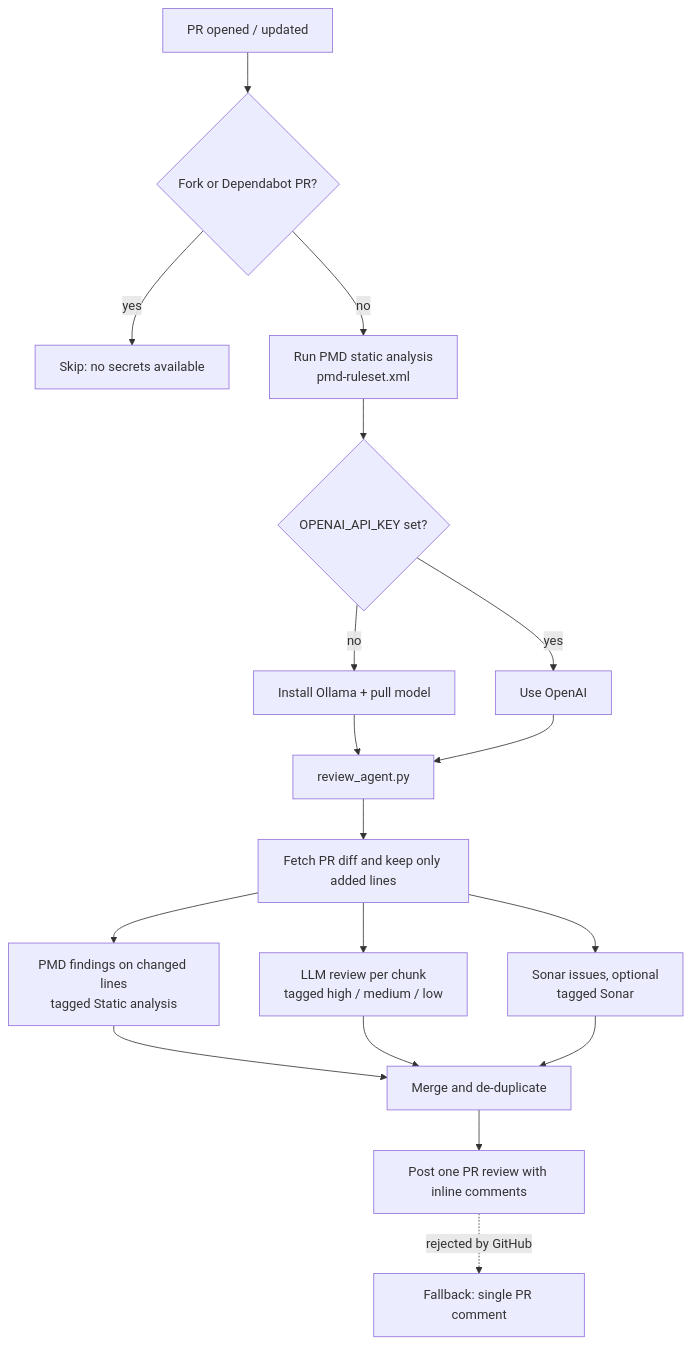
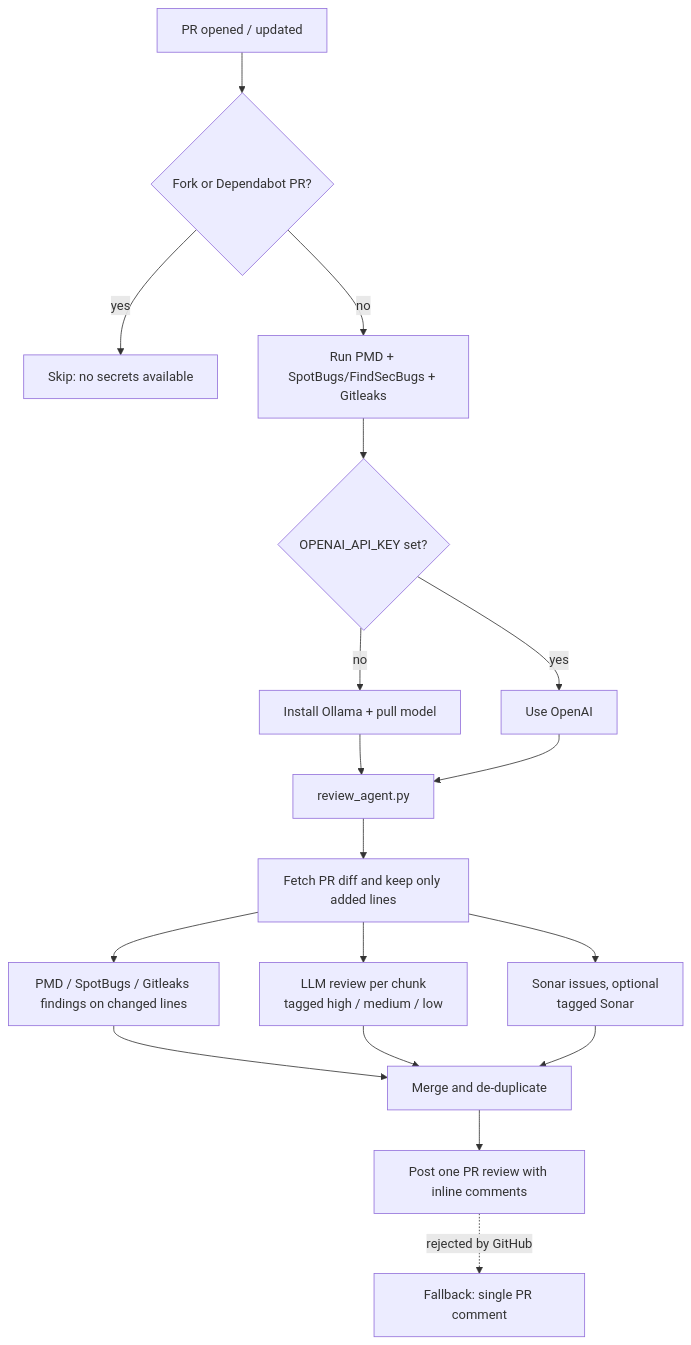
Before and after one commit to musabbozkurt/oauth2-authorization-server: the diagram in docs/agent/README.md, drawn with Mermaid. The commit also changed other lines of this file and 2 other files, not shown here.

Commit message:
refactor: update AI PR reviewer to include SpotBugs, FindSecBugs, and Gitleaks analysis; enhance comments structure and caching

````diff
--- a/docs/agent/README.md
+++ b/docs/agent/README.md
@@ -7,20 +7,20 @@
 ```mermaid
 flowchart TD
     A[PR opened / updated] --> B{Fork or Dependabot PR?}
     B -- yes --> Z[Skip: no secrets available]
-    B -- no --> C[Run PMD static analysis<br/>pmd-ruleset.xml]
+    B -- no --> C[Run PMD + SpotBugs/FindSecBugs + Gitleaks]
     C --> D{OPENAI_API_KEY set?}
     D -- no --> E[Install Ollama + pull model]
     D -- yes --> F[Use OpenAI]
     E --> G[review_agent.py]
     F --> G
     G --> H[Fetch PR diff and keep only added lines]
-    H --> I[PMD findings on changed lines<br/>tagged Static analysis]
+    H --> I[PMD / SpotBugs / Gitleaks findings on changed lines]
     H --> J[LLM review per chunk<br/>tagged high / medium / low]
     H --> K[Sonar issues, optional<br/>tagged Sonar]
     I --> L[Merge and de-duplicate]
     J --> L
     K --> L
     L --> M[Post one PR review with inline comments]
     M -. rejected by GitHub .-> N[Fallback: single PR comment]
 ```
````
